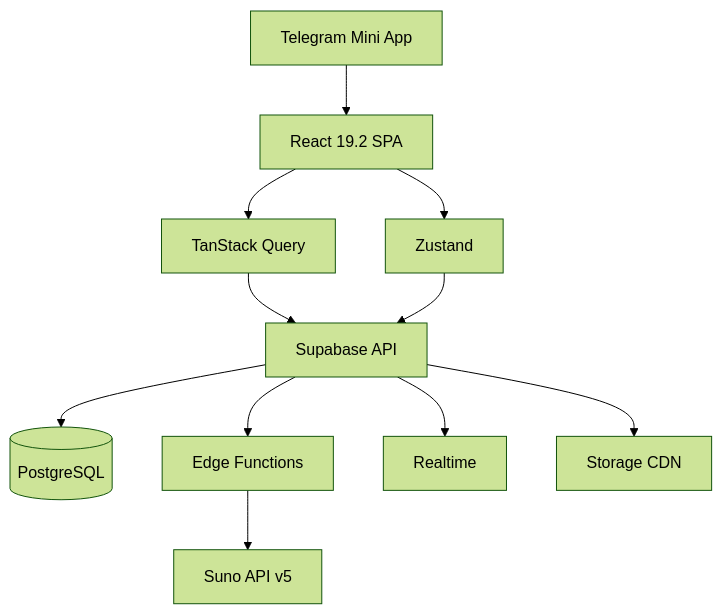
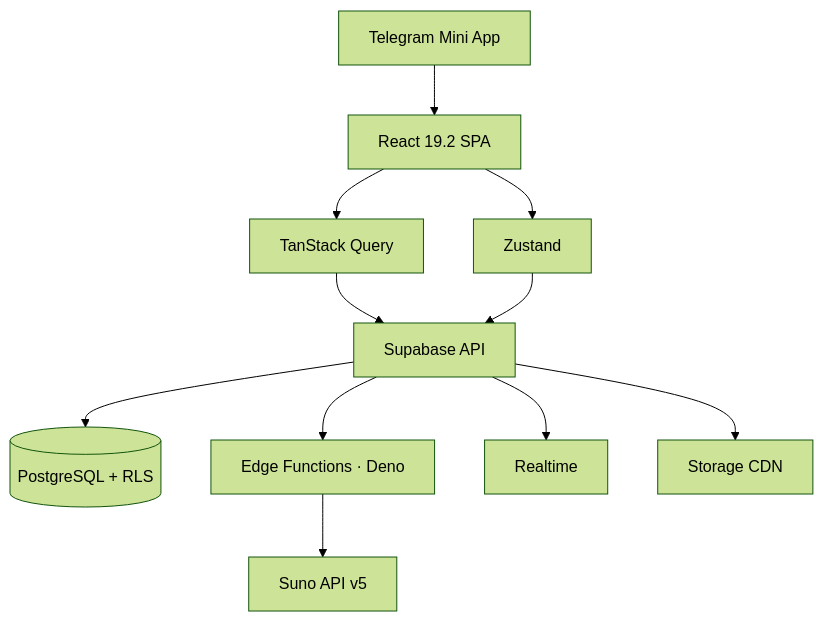
The diagram in README.md (HOW2AI-AGENCY/aimusicverse), drawn with Mermaid (forest theme) before and after one commit. The commit also changed other lines of this file and 5 other files, not shown here.

````diff
--- a/README.md
+++ b/README.md
@@ -185,13 +110,13 @@
 ```mermaid
 graph TD
     A[Telegram Mini App] --> B[React 19.2 SPA]
     B --> C[TanStack Query]
     B --> D[Zustand]
     C --> E[Supabase API]
     D --> E
-    E --> F[(PostgreSQL)]
-    E --> G[Edge Functions]
+    E --> F[(PostgreSQL + RLS)]
+    E --> G[Edge Functions · Deno]
     G --> H[Suno API v5]
     E --> I[Realtime]
     E --> J[Storage CDN]
 ```
````
